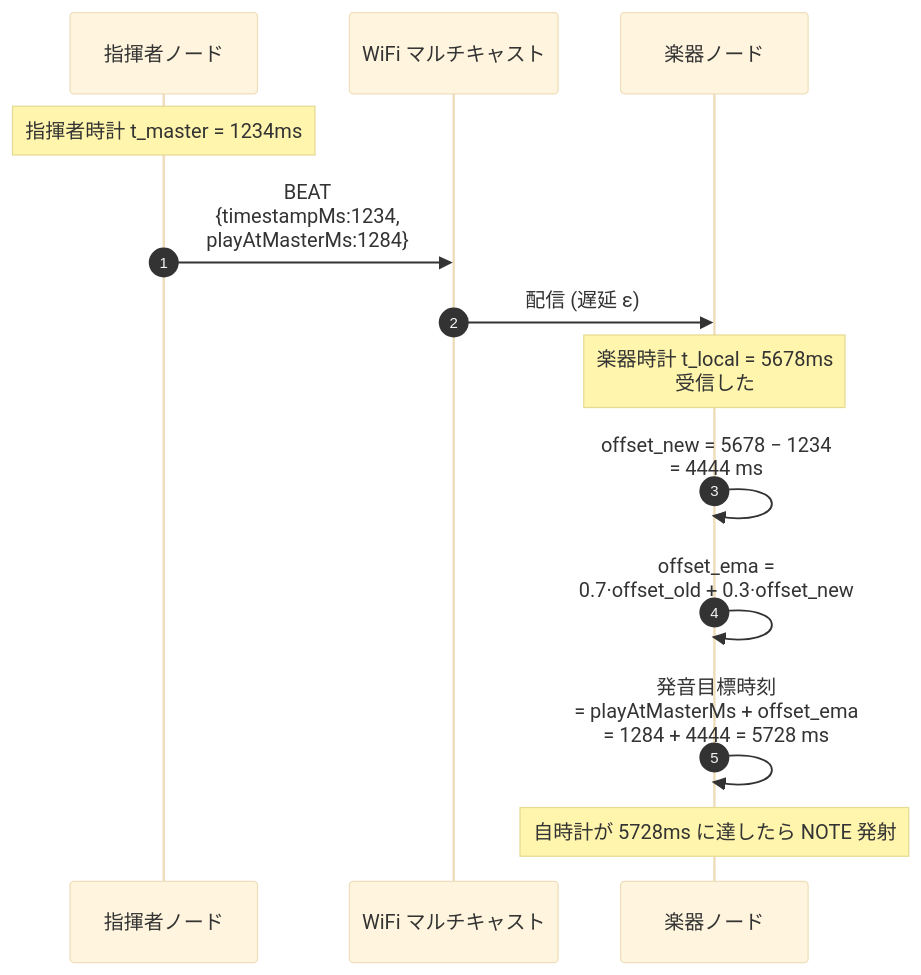
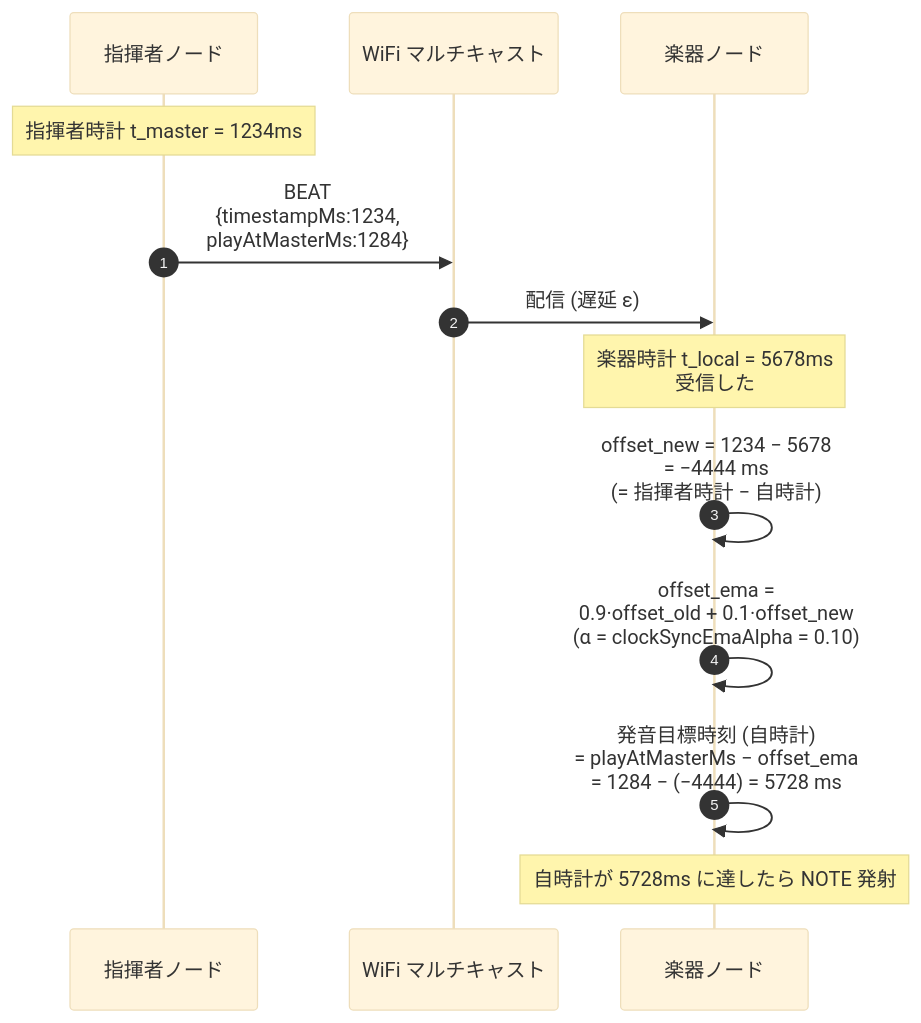
One commit to takushio2525/2026-hackathon-team23 changed the sixth of 6 diagrams in docs/src/content/docs/essentials/firmware.md. Above: the diagram before and after it, drawn with Mermaid (base theme). The commit also changed other lines of this file, not shown here.

````diff
--- a/docs/src/content/docs/essentials/firmware.md
+++ b/docs/src/content/docs/essentials/firmware.md
@@ -245,16 +245,16 @@
 ```mermaid
 sequenceDiagram
     autonumber
     participant Cond as 指揮者ノード
     participant Net as WiFi マルチキャスト
     participant Inst as 楽器ノード
 
     Note over Cond: 指揮者時計 t_master = 1234ms
     Cond->>Net: BEAT<br/>{timestampMs:1234,<br/> playAtMasterMs:1284}
     Net->>Inst: 配信 (遅延 ε)
     Note over Inst: 楽器時計 t_local = 5678ms<br/>受信した
-    Inst->>Inst: offset_new = 5678 − 1234<br/>= 4444 ms
-    Inst->>Inst: offset_ema =<br/>0.7·offset_old + 0.3·offset_new
-    Inst->>Inst: 発音目標時刻<br/>= playAtMasterMs + offset_ema<br/>= 1284 + 4444 = 5728 ms
+    Inst->>Inst: offset_new = 1234 − 5678<br/>= −4444 ms<br/>(= 指揮者時計 − 自時計)
+    Inst->>Inst: offset_ema =<br/>0.9·offset_old + 0.1·offset_new<br/>(α = clockSyncEmaAlpha = 0.10)
+    Inst->>Inst: 発音目標時刻 (自時計)<br/>= playAtMasterMs − offset_ema<br/>= 1284 − (−4444) = 5728 ms
     Note over Inst: 自時計が 5728ms に達したら NOTE 発射
 ```
````
